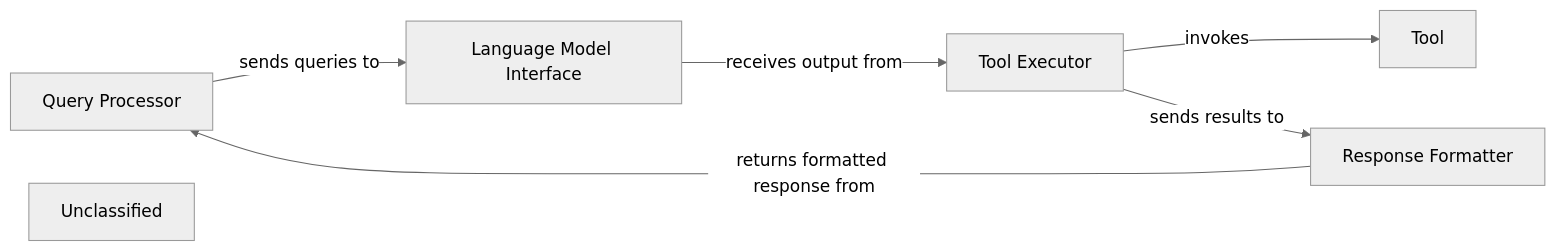
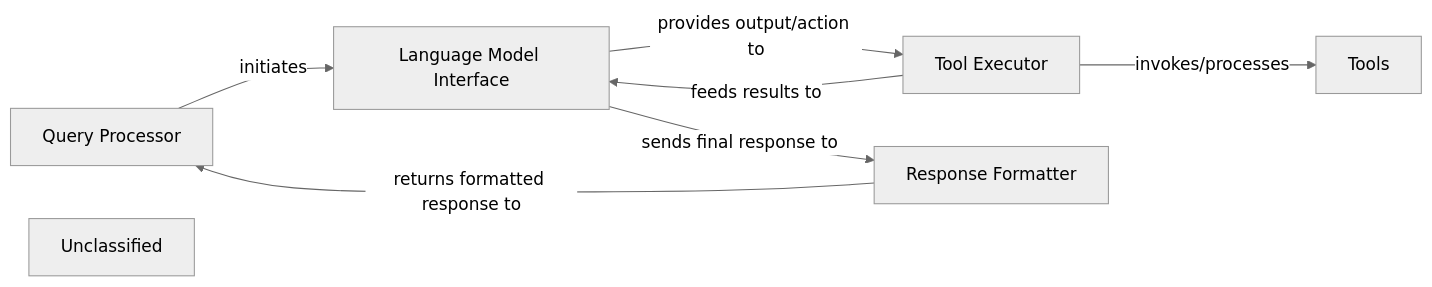
Before and after one commit to CodeBoarding/CodeBoarding: the diagram in .codeboarding/Orchestration_Engine_Agent_Core_.md, drawn with Mermaid (neutral theme). The commit also changed other lines of this file and 19 other files, not shown here.

First line of the commit message:
docs: update codeboarding documentation and generate architecture

````diff
--- a/.codeboarding/Orchestration_Engine_Agent_Core_.md
+++ b/.codeboarding/Orchestration_Engine_Agent_Core_.md
@@ -1,13 +1,15 @@
 ```mermaid
 graph LR
     Query_Processor["Query Processor"]
     Language_Model_Interface["Language Model Interface"]
     Tool_Executor["Tool Executor"]
+    Tools["Tools"]
     Response_Formatter["Response Formatter"]
     Unclassified["Unclassified"]
-    Query_Processor -- "sends queries to" --> Language_Model_Interface
-    Language_Model_Interface -- "receives output from" --> Tool_Executor
-    Tool_Executor -- "invokes" --> Tool
-    Tool_Executor -- "sends results to" --> Response_Formatter
-    Response_Formatter -- "returns formatted response from" --> Query_Processor
+    Query_Processor -- "initiates" --> Language_Model_Interface
+    Language_Model_Interface -- "provides output/action to" --> Tool_Executor
+    Tool_Executor -- "invokes/processes" --> Tools
+    Tool_Executor -- "feeds results to" --> Language_Model_Interface
+    Language_Model_Interface -- "sends final response to" --> Response_Formatter
+    Response_Formatter -- "returns formatted response to" --> Query_Processor
 ```
````
